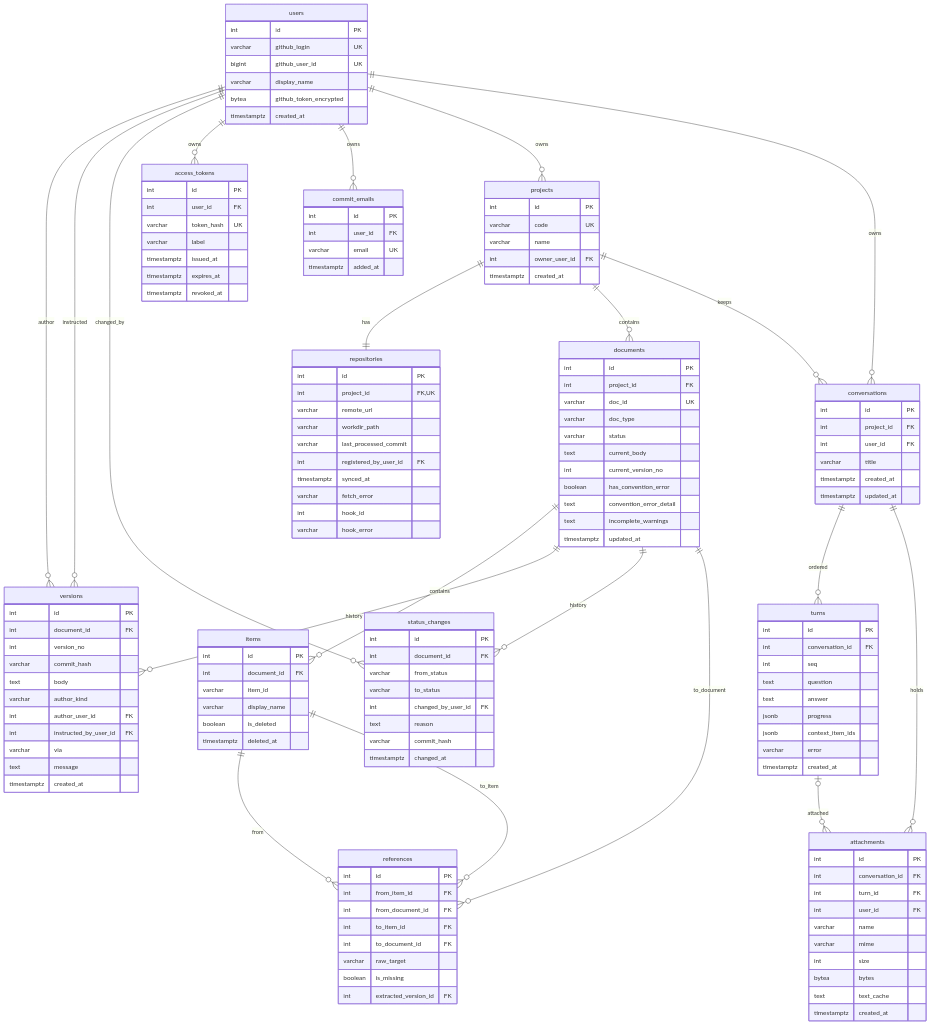
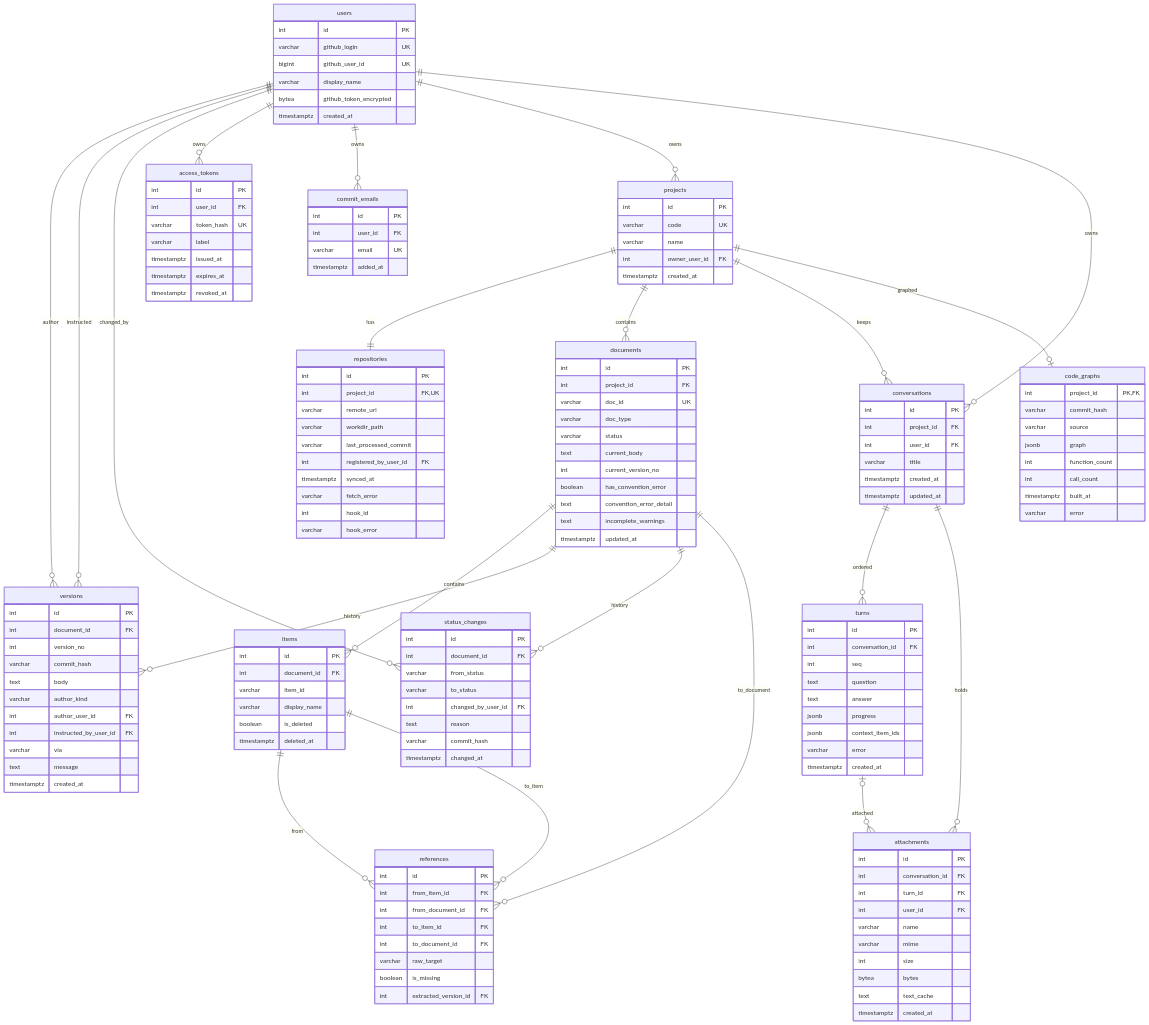
Before and after one commit to HoyoungParkme/syncdoc: the diagram in docs/specs/06-DOM/SYNC-DOM-003.md, drawn with Mermaid. The commit also changed other lines of this file, not shown here.

Commit message:
spec(SYNC-DOM-003): code_graphs 표 — 프로젝트마다 한 행, 줄인 그래프 JSONB

````diff
--- a/docs/specs/06-DOM/SYNC-DOM-003.md
+++ b/docs/specs/06-DOM/SYNC-DOM-003.md
@@ -47,6 +47,7 @@
     conversations ||--o{ turns : ordered
     conversations ||--o{ attachments : holds
     turns |o--o{ attachments : attached
+    projects ||--o| code_graphs : graphed
 
     projects {
         int id PK
@@ -175,4 +176,14 @@
         text text_cache
         timestamptz created_at
     }
+    code_graphs {
+        int project_id PK,FK
+        varchar commit_hash
+        varchar source
+        jsonb graph
+        int function_count
+        int call_count
+        timestamptz built_at
+        varchar error
+    }
 ```
````
